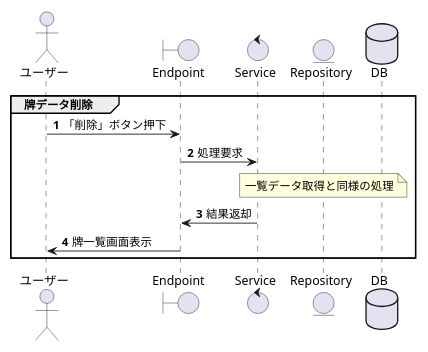
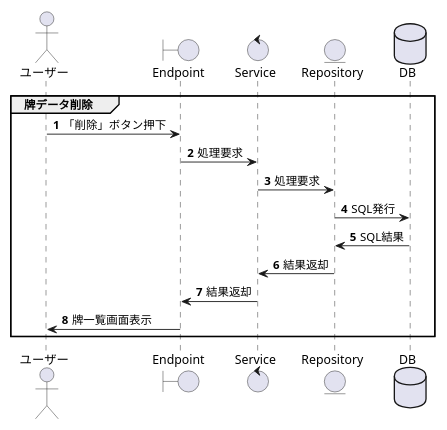
One commit to NakataTPD/2018-k-web-training changed the ninth of 14 diagrams in document/詳細設計書/詳細設計書.md. Above: the diagram before and after it, drawn with PlantUML. The commit also changed other lines of this file and 1 other file, not shown here.

````diff
--- a/document/詳細設計書/詳細設計書.md
+++ b/document/詳細設計書/詳細設計書.md
@@ -467,21 +513,22 @@
 ```puml
 scale 0.8
 actor ユーザー as User
 boundary Endpoint as Con
 control Service as Ser
 entity Repository as Repo
 database DB as DB
 
 group 牌データ削除
   autonumber 1
 
     User -> Con: 「削除」ボタン押下
     Con -> Ser: 処理要求
-    note over Repo
-    一覧データ取得と同様の処理
-    end note
+    Ser -> Repo: 処理要求
+    Repo -> DB: SQL発行
+    DB -> Repo: SQL結果
+    Repo -> Ser: 結果返却
     Ser -> Con: 結果返却
     Con -> User: 牌一覧画面表示
 
 end
 ```
````
